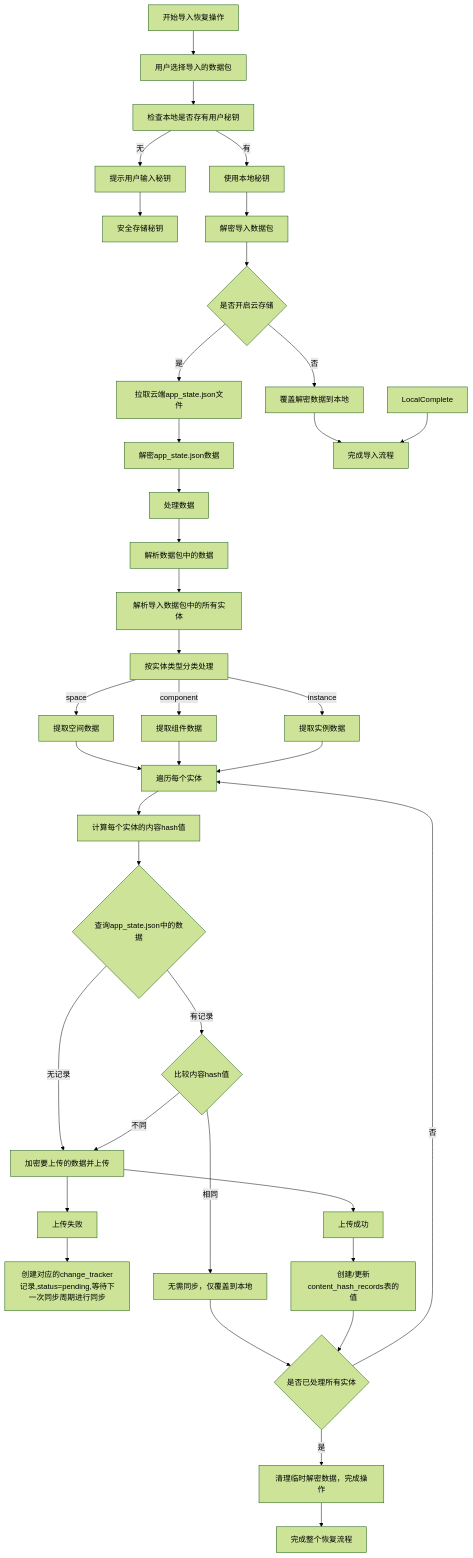
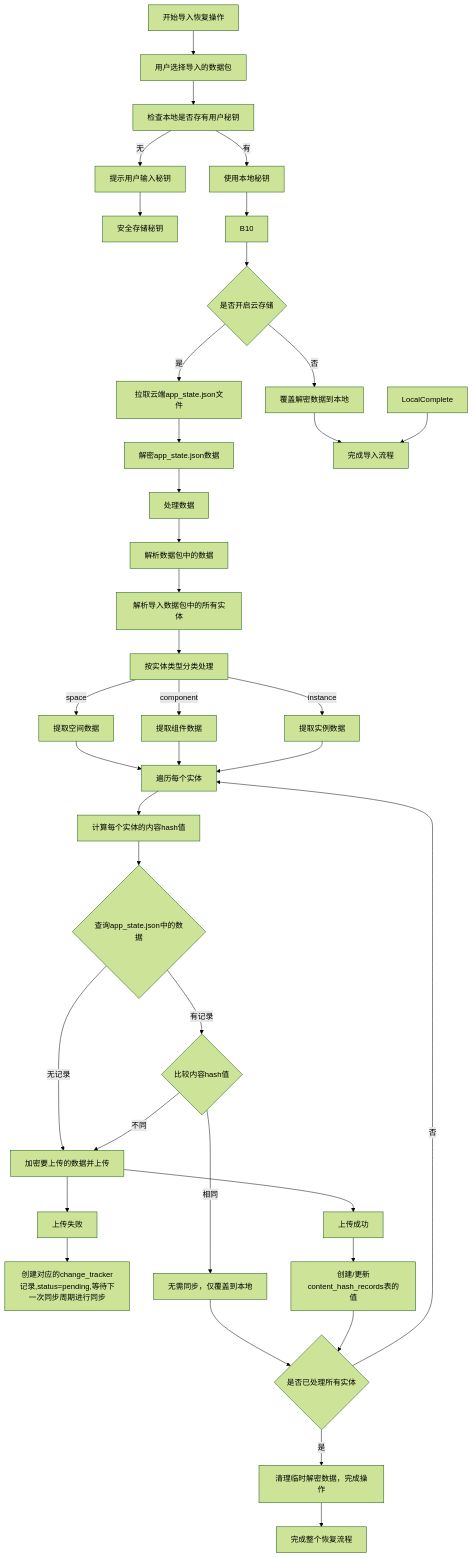
Before and after one commit to yingjianzh/iodraw-files: the diagram in all/未命名-47.md, drawn with Mermaid (forest theme).

Commit message:
2025-04-29 15:00:17 update

````diff
--- a/all/未命名-47.md
+++ b/all/未命名-47.md
@@ -1,57 +1,56 @@
 ```mermaid
 flowchart TD
-    A[开始导入恢复操作] --> 
-    B[用户选择导入的数据包]
+    A[开始导入恢复操作] --> B[用户选择导入的数据包]
     B --> B1[检查本地是否存有用户秘钥]
     
     B1 -->|有| B3[使用本地秘钥]
     B1 -->|无| B4[提示用户输入秘钥]
 
     B4 --> B8[安全存储秘钥]
-    B3 --> B10[解密导入数据包]
+    B3 --> 
 
     B10 --> Check{是否开启云存储}
     Check --> |否| LocalOnly[覆盖解密数据到本地]
     
     Check --> |是| Download[拉取云端app_state.json文件]
     Download --> AppState[解密app_state.json数据]
 
     LocalOnly --> Complete[完成导入流程]
     AppState --> Process[处理数据]
 
     Process --> C[解析数据包中的数据]
     
     C --> D[解析导入数据包中的所有实体]
     D --> G[按实体类型分类处理]
     
     G -->|space| H1[提取空间数据]
     G -->|component| H2[提取组件数据]
     G -->|instance| H3[提取实例数据]
     
     H1 --> I[遍历每个实体]
     H2 --> I
     H3 --> I
     
     I --> CalcHash[计算每个实体的内容hash值]
     CalcHash --> L{查询app_state.json中的数据}
     
     L -->|无记录| M1[加密要上传的数据并上传]
     M1 --> N1[上传成功]
     M1 --> N2[上传失败]
     
     N2 --> N3[创建对应的change_tracker记录,status=pending,等待下一次同步周期进行同步]
     N1 --> M4[创建/更新content_hash_records表的值]
     LocalComplete --> Complete
 
     L -->|有记录| M2{比较内容hash值}
     M2 -->|相同| M3[无需同步，仅覆盖到本地]
     M2 -->|不同| M1
     
     M3 --> S{是否已处理所有实体}
     M4 --> S
 
     S -->|否| I
     S -->|是| U[清理临时解密数据，完成操作]
 
     U --> V[完成整个恢复流程]
 ```
````
